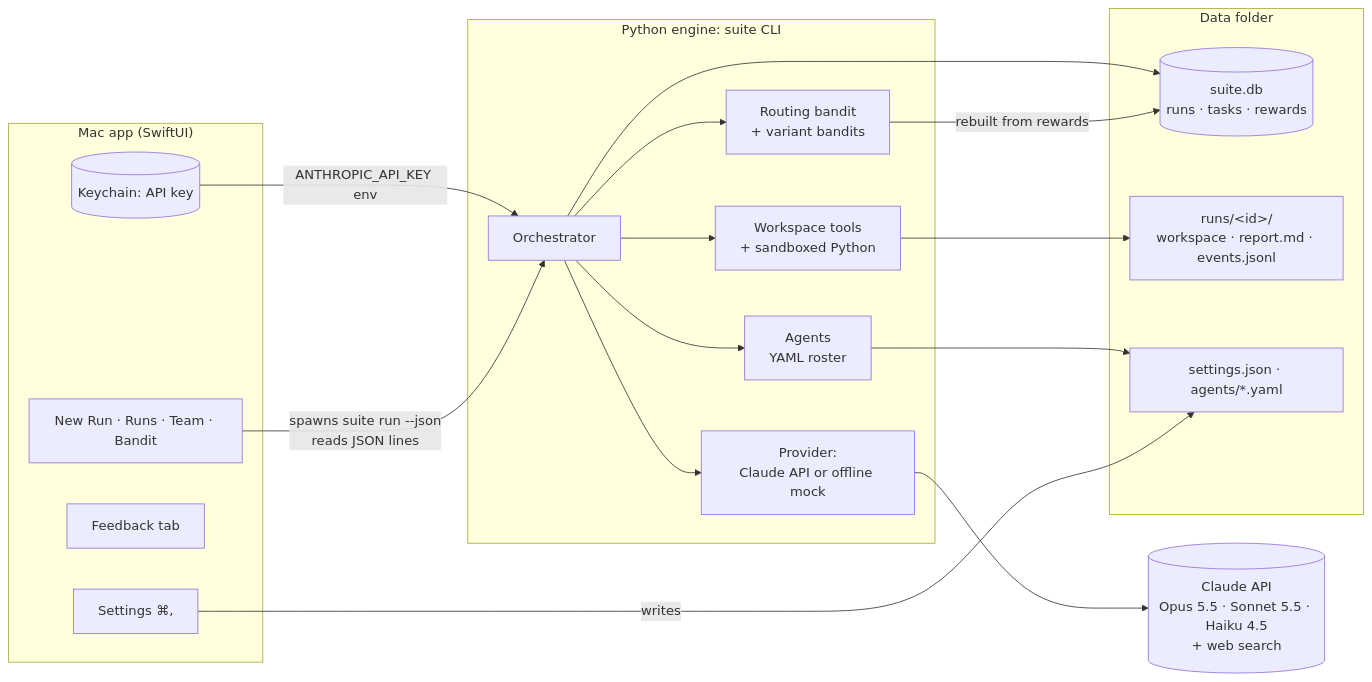
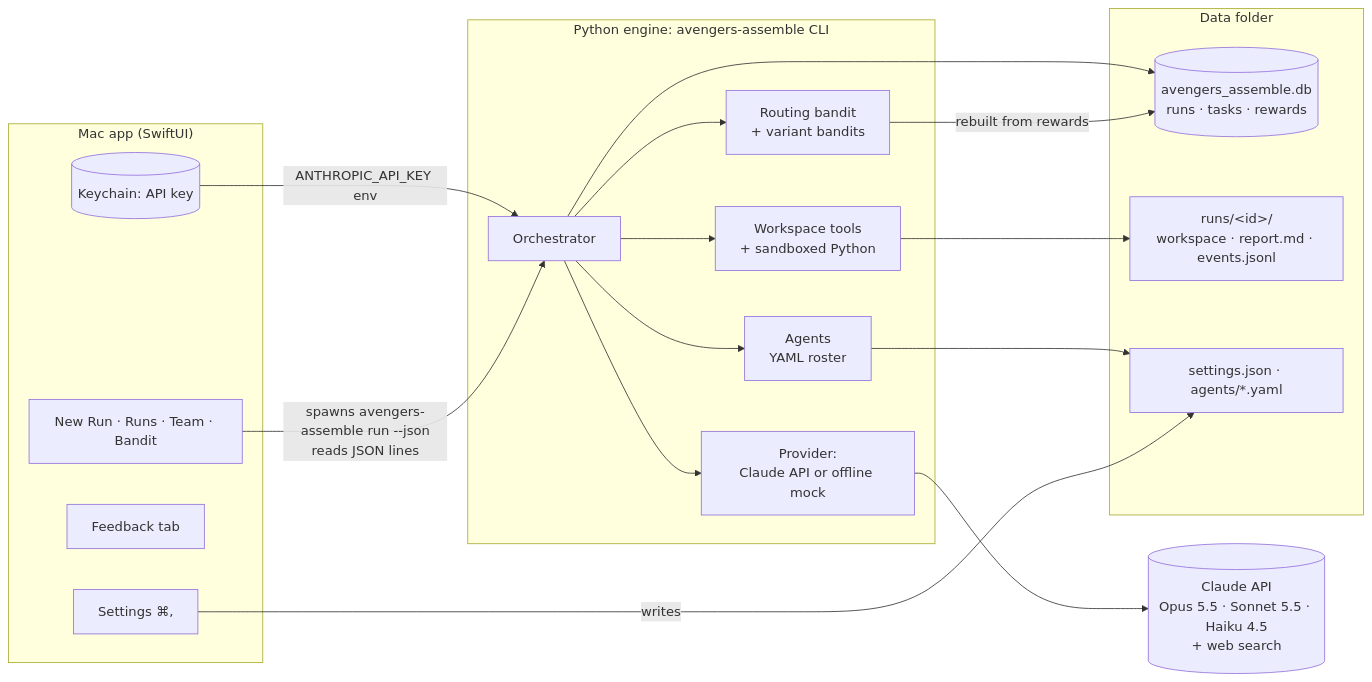
The diagram in docs/SYSTEM-DESIGN.md (amalmehta/AvengersAssemble), drawn with Mermaid before and after one commit. The commit also changed other lines of this file and 4 other files, not shown here.

````diff
--- a/docs/SYSTEM-DESIGN.md
+++ b/docs/SYSTEM-DESIGN.md
@@ -7,35 +7,35 @@
 ```mermaid
 flowchart LR
     subgraph Mac["Mac app (SwiftUI)"]
         UI[New Run · Runs · Team · Bandit]
         Settings[Settings ⌘,]
         Feedback[Feedback tab]
         Keychain[(Keychain: API key)]
     end
-    subgraph Engine["Python engine: suite CLI"]
+    subgraph Engine["Python engine: avengers-assemble CLI"]
         Orch[Orchestrator]
         Bandits[Routing bandit<br/>+ variant bandits]
         Agents[Agents<br/>YAML roster]
         Tools[Workspace tools<br/>+ sandboxed Python]
         Prov[Provider:<br/>Claude API or offline mock]
     end
     subgraph Data["Data folder"]
-        DB[(suite.db<br/>runs · tasks · rewards)]
+        DB[(avengers_assemble.db<br/>runs · tasks · rewards)]
         Runs[runs/&lt;id&gt;/<br/>workspace · report.md · events.jsonl]
         Cfg[settings.json · agents/*.yaml]
     end
     Claude[(Claude API<br/>Opus 5.5 · Sonnet 5.5 · Haiku 4.5<br/>+ web search)]
 
-    UI -- "spawns suite run --json<br/>reads JSON lines" --> Orch
+    UI -- "spawns avengers-assemble run --json<br/>reads JSON lines" --> Orch
     Settings -- writes --> Cfg
     Keychain -- "ANTHROPIC_API_KEY env" --> Orch
     Orch --> Bandits
     Orch --> Agents
     Orch --> Tools
     Orch --> Prov
     Prov --> Claude
     Bandits -- "rebuilt from rewards" --> DB
     Orch --> DB
     Tools --> Runs
     Agents --> Cfg
 ```
````
